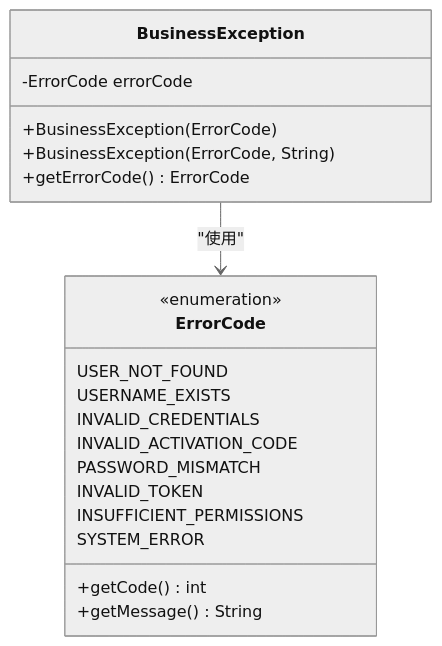
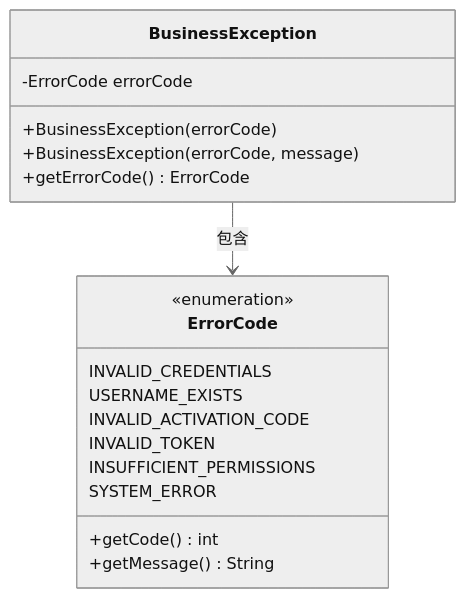
Before and after one commit to Redmoon-2333/HumanResourceOfficial: the tenth of 11 diagrams in .qoder/repowiki/zh/content/业务逻辑层/认证服务.md, drawn with Mermaid (neutral theme). The commit also changed other lines of this file and 60 other files, not shown here.

````diff
--- a/.qoder/repowiki/zh/content/业务逻辑层/认证服务.md
+++ b/.qoder/repowiki/zh/content/业务逻辑层/认证服务.md
@@ -421,23 +405,21 @@
 ```mermaid
 classDiagram
 class BusinessException {
 -ErrorCode errorCode
-+BusinessException(ErrorCode)
-+BusinessException(ErrorCode, String)
++BusinessException(errorCode)
++BusinessException(errorCode, message)
 +getErrorCode() ErrorCode
 }
 class ErrorCode {
 <<enumeration>>
-USER_NOT_FOUND
+INVALID_CREDENTIALS
 USERNAME_EXISTS
-INVALID_CREDENTIALS
 INVALID_ACTIVATION_CODE
-PASSWORD_MISMATCH
 INVALID_TOKEN
 INSUFFICIENT_PERMISSIONS
 SYSTEM_ERROR
 +getCode() int
 +getMessage() String
 }
-BusinessException --> ErrorCode : "使用"
+BusinessException --> ErrorCode : 包含
 ```
````
